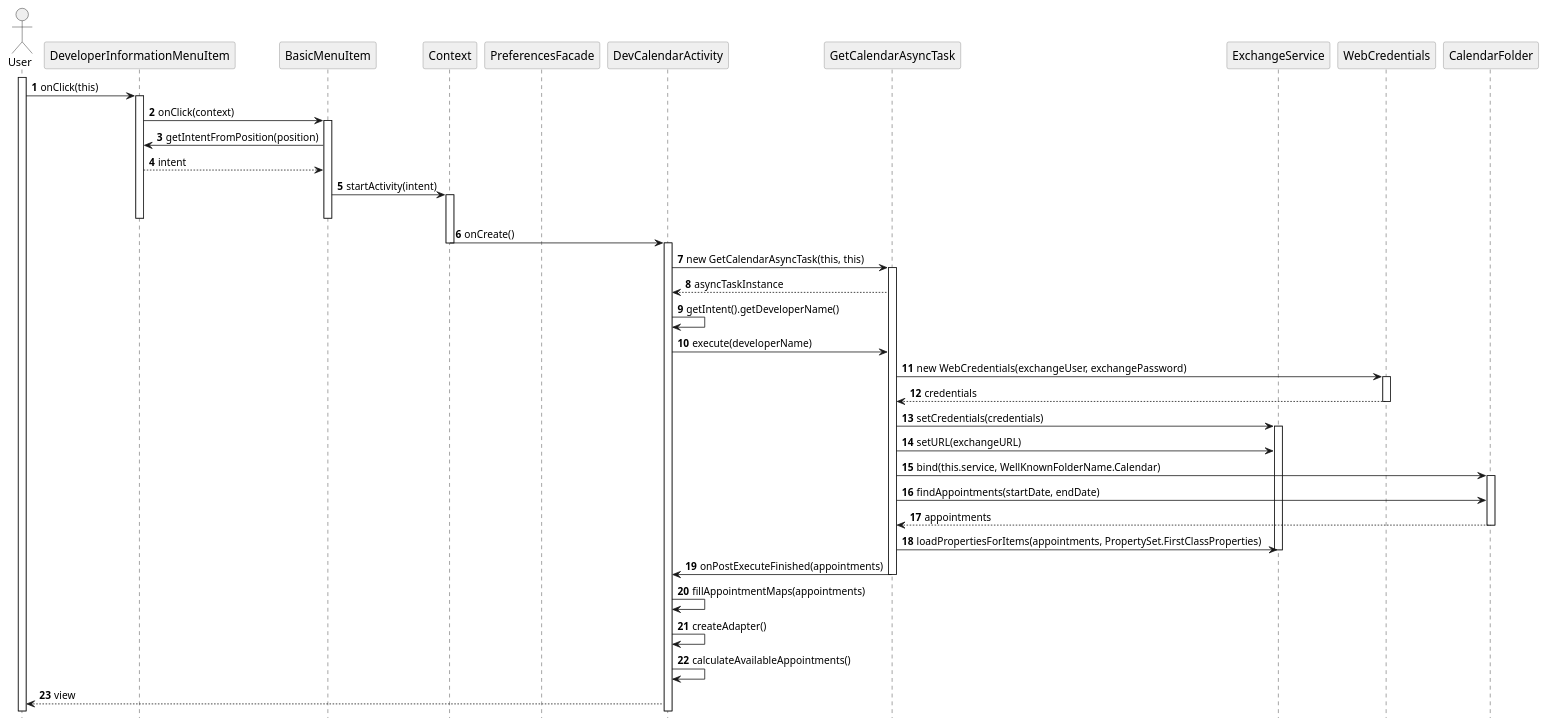
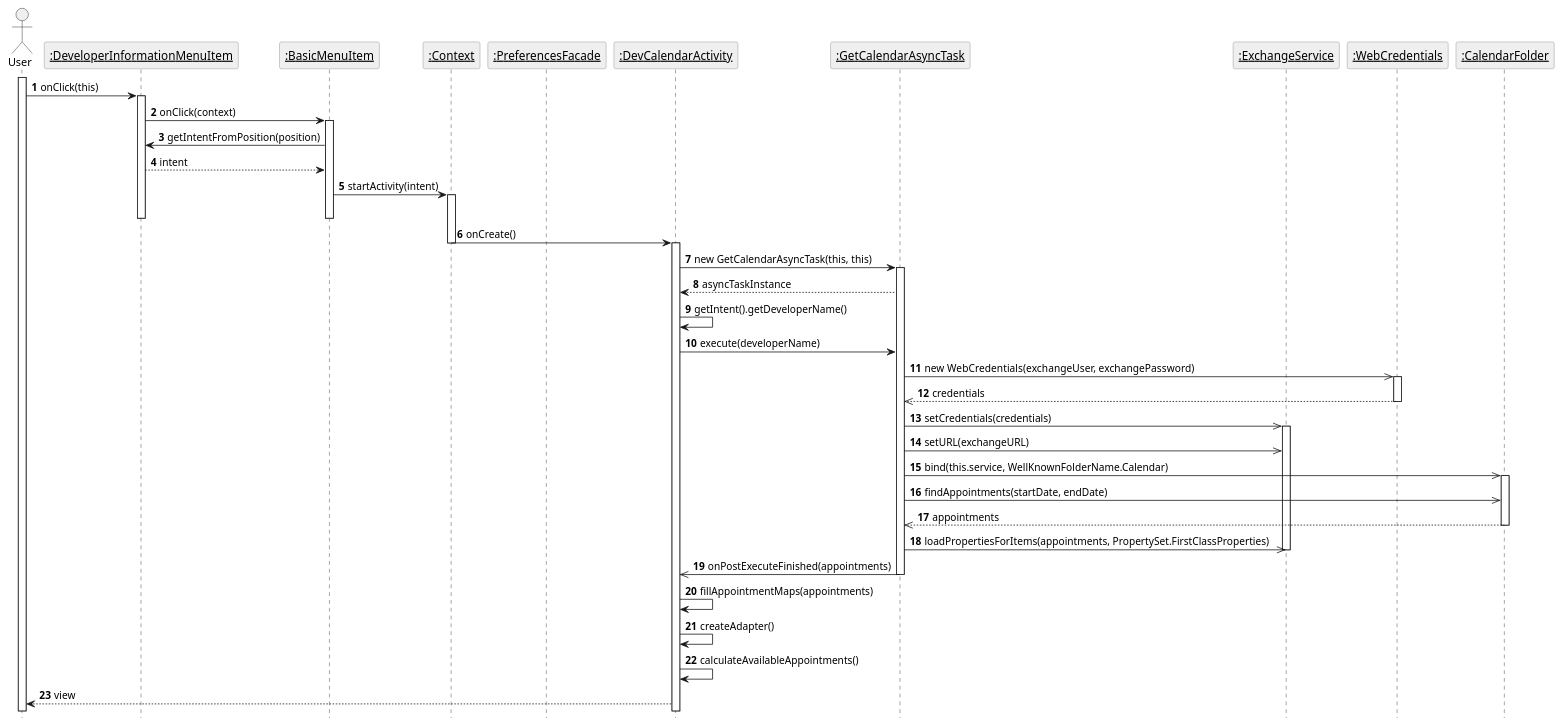
The diagram in sequence_diagrams/find_meetings.puml (ErosFricker/bachelor-thesis), drawn with PlantUML before and after one commit. The commit also changed 73 other files, not shown here.

```diff
--- a/sequence_diagrams/find_meetings.puml
+++ b/sequence_diagrams/find_meetings.puml
@@ -1,80 +1,80 @@
 @startuml
 
 hide footbox
 
 autonumber
 
 skinparam sequence {
     ParticipantBorderColor grey
     ParticipantBackgroundColor #EFEFEF
     ParticipantFontName Futura
     ParticipantFontSize 15
 
     ActorBackgroundColor #EFEFEF
     ActorBorderColor black
 
     ArrowFontName Futura
 }
 
 actor User
-participant DeveloperInformationMenuItem
-participant BasicMenuItem
-participant Context
-participant PreferencesFacade
-participant DevCalendarActivity
-participant GetCalendarAsyncTask
-participant ExchangeService
-participant WebCredentials
-participant CalendarFolder
+participant "__:DeveloperInformationMenuItem__"
+participant "__:BasicMenuItem__"
+participant "__:Context__"
+participant "__:PreferencesFacade__"
+participant "__:DevCalendarActivity__"
+participant "__:GetCalendarAsyncTask__"
+participant "__:ExchangeService__"
+participant "__:WebCredentials__"
+participant "__:CalendarFolder__"
 
 activate User
-User -> DeveloperInformationMenuItem:onClick(this)
-activate DeveloperInformationMenuItem
-DeveloperInformationMenuItem -> BasicMenuItem:onClick(context)
-activate BasicMenuItem
-BasicMenuItem -> DeveloperInformationMenuItem:getIntentFromPosition(position)
-DeveloperInformationMenuItem --> BasicMenuItem:intent
- BasicMenuItem -> Context:startActivity(intent)
- activate Context
- deactivate DeveloperInformationMenuItem
- deactivate BasicMenuItem
- Context -> DevCalendarActivity:onCreate()
- deactivate Context
- activate DevCalendarActivity
- DevCalendarActivity -> GetCalendarAsyncTask: new GetCalendarAsyncTask(this, this)
-   activate GetCalendarAsyncTask
-  GetCalendarAsyncTask --> DevCalendarActivity: asyncTaskInstance
- DevCalendarActivity -> DevCalendarActivity: getIntent().getDeveloperName()
- DevCalendarActivity -> GetCalendarAsyncTask: execute(developerName)
+User -> "__:DeveloperInformationMenuItem__":onClick(this)
+activate "__:DeveloperInformationMenuItem__"
+"__:DeveloperInformationMenuItem__" -> "__:BasicMenuItem__":onClick(context)
+activate "__:BasicMenuItem__"
+"__:BasicMenuItem__" -> "__:DeveloperInformationMenuItem__":getIntentFromPosition(position)
+"__:DeveloperInformationMenuItem__" --> "__:BasicMenuItem__":intent
+ "__:BasicMenuItem__" -> "__:Context__":startActivity(intent)
+ activate "__:Context__"
+ deactivate "__:DeveloperInformationMenuItem__"
+ deactivate "__:BasicMenuItem__"
+ "__:Context__" -> "__:DevCalendarActivity__":onCreate()
+ deactivate "__:Context__"
+ activate "__:DevCalendarActivity__"
+ "__:DevCalendarActivity__" -> "__:GetCalendarAsyncTask__": new GetCalendarAsyncTask(this, this)
+   activate "__:GetCalendarAsyncTask__"
+  "__:GetCalendarAsyncTask__" --> "__:DevCalendarActivity__": asyncTaskInstance
+ "__:DevCalendarActivity__" -> "__:DevCalendarActivity__": getIntent().getDeveloperName()
+ "__:DevCalendarActivity__" -> "__:GetCalendarAsyncTask__": execute(developerName)
 
- deactivate PreferencesFacade
- GetCalendarAsyncTask -> WebCredentials: new WebCredentials(exchangeUser, exchangePassword)
- activate WebCredentials
- WebCredentials --> GetCalendarAsyncTask: credentials
- deactivate WebCredentials
- GetCalendarAsyncTask -> ExchangeService: setCredentials(credentials)
- activate ExchangeService
- GetCalendarAsyncTask -> ExchangeService: setURL(exchangeURL)
- GetCalendarAsyncTask -> CalendarFolder:bind(this.service, WellKnownFolderName.Calendar)
- activate CalendarFolder
- GetCalendarAsyncTask -> CalendarFolder: findAppointments(startDate, endDate)
- CalendarFolder --> GetCalendarAsyncTask: appointments
- deactivate CalendarFolder
- GetCalendarAsyncTask -> ExchangeService: loadPropertiesForItems(appointments, PropertySet.FirstClassProperties)
- deactivate ExchangeService
- GetCalendarAsyncTask -> DevCalendarActivity: onPostExecuteFinished(appointments)
- deactivate GetCalendarAsyncTask
-DevCalendarActivity -> DevCalendarActivity: fillAppointmentMaps(appointments)
-DevCalendarActivity -> DevCalendarActivity: createAdapter()
-DevCalendarActivity -> DevCalendarActivity: calculateAvailableAppointments()
-DevCalendarActivity --> User: view
+ deactivate "__:PreferencesFacade__"
+ "__:GetCalendarAsyncTask__" ->> "__:WebCredentials__": new WebCredentials(exchangeUser, exchangePassword)
+ activate "__:WebCredentials__"
+ "__:WebCredentials__" -->> "__:GetCalendarAsyncTask__": credentials
+ deactivate "__:WebCredentials__"
+ "__:GetCalendarAsyncTask__" ->> "__:ExchangeService__": setCredentials(credentials)
+ activate "__:ExchangeService__"
+ "__:GetCalendarAsyncTask__" ->> "__:ExchangeService__": setURL(exchangeURL)
+ "__:GetCalendarAsyncTask__" ->> "__:CalendarFolder__":bind(this.service, WellKnownFolderName.Calendar)
+ activate "__:CalendarFolder__"
+ "__:GetCalendarAsyncTask__" ->> "__:CalendarFolder__": findAppointments(startDate, endDate)
+ "__:CalendarFolder__" -->> "__:GetCalendarAsyncTask__": appointments
+ deactivate "__:CalendarFolder__"
+ "__:GetCalendarAsyncTask__" ->> "__:ExchangeService__": loadPropertiesForItems(appointments, PropertySet.FirstClassProperties)
+ deactivate "__:ExchangeService__"
+ "__:GetCalendarAsyncTask__" ->> "__:DevCalendarActivity__": onPostExecuteFinished(appointments)
+ deactivate "__:GetCalendarAsyncTask__"
+"__:DevCalendarActivity__" -> "__:DevCalendarActivity__": fillAppointmentMaps(appointments)
+"__:DevCalendarActivity__" -> "__:DevCalendarActivity__": createAdapter()
+"__:DevCalendarActivity__" -> "__:DevCalendarActivity__": calculateAvailableAppointments()
+"__:DevCalendarActivity__" --> User: view
 
 
 
 
 
 
 
 
 
 @enduml
```
